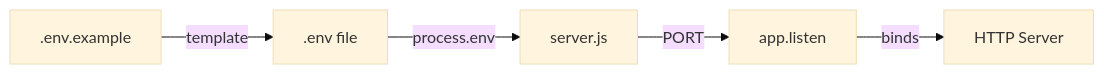
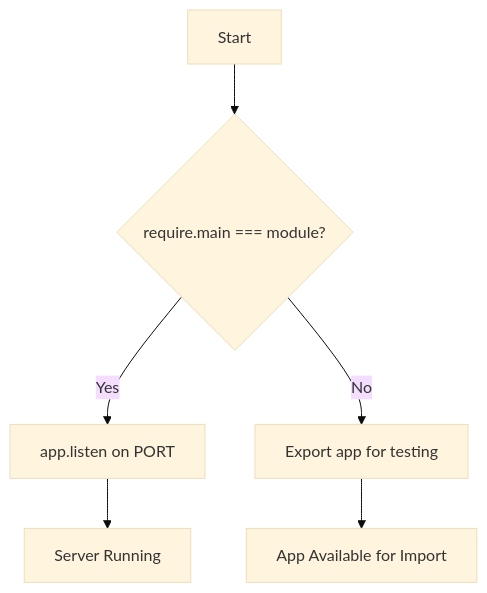
Before and after one commit to sudhanshu-spec/Repo-Test-Sud: the second of 3 diagrams in blitzy/documentation/Technical Specifications.md, drawn with Mermaid (base theme). The commit also changed other lines of this file, not shown here.

````diff
--- a/blitzy/documentation/Technical Specifications.md
+++ b/blitzy/documentation/Technical Specifications.md
@@ -502,7 +470,8 @@
 ```mermaid
-graph LR
-    A[.env file] -->|process.env| B[server.js]
-    C[.env.example] -->|template| A
-    B -->|PORT| D[app.listen]
-    D -->|binds| E[HTTP Server]
+flowchart TD
+    A[Start] --> B{require.main === module?}
+    B -->|Yes| C[app.listen on PORT]
+    B -->|No| D[Export app for testing]
+    C --> E[Server Running]
+    D --> F[App Available for Import]
 ```
````
